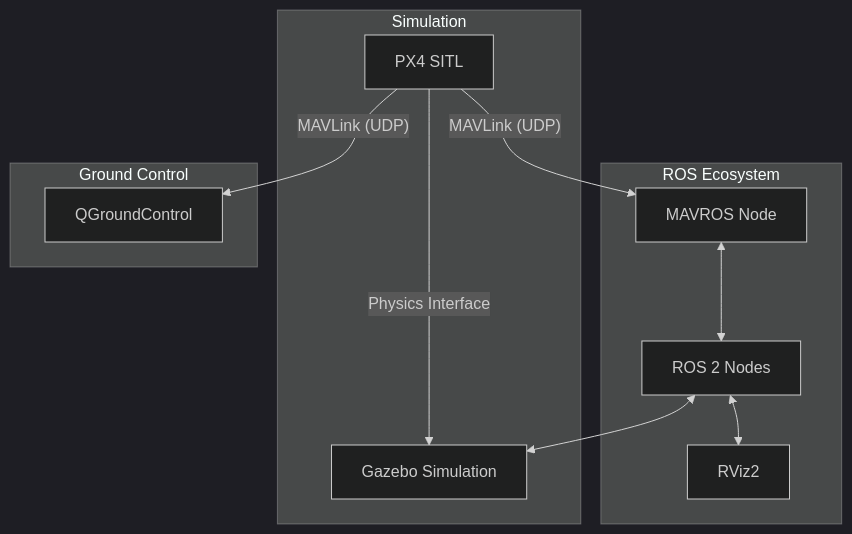
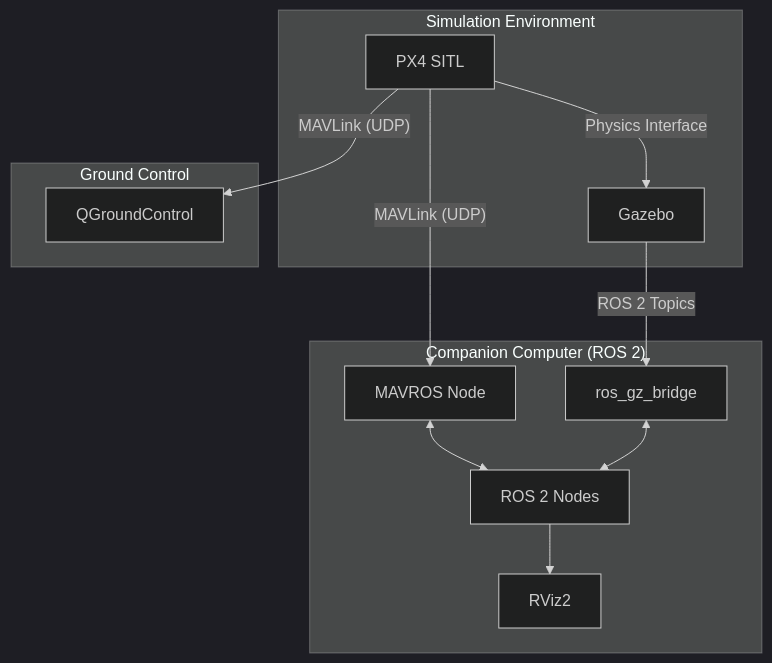
One commit to asmbatati/uav_gz_sim changed the second of 2 diagrams in README.md. Above: the diagram before and after it, drawn with Mermaid (dark theme). The commit also changed other lines of this file, not shown here.

````diff
--- a/README.md
+++ b/README.md
@@ -259,27 +310,27 @@
 ```mermaid
-graph TB
-    subgraph ROS Ecosystem
+graph TD
+    subgraph "Companion Computer (ROS 2)"
         C[ROS 2 Nodes]
-        H[MAVROS Node]
+        B[MAVROS Node]
         F[RViz2]
+        H[ros_gz_bridge]
     end
 
-    subgraph Simulation
+    subgraph "Simulation Environment"
         A[PX4 SITL]
-        D[Gazebo Simulation]
+        D[Gazebo]
     end
 
-    subgraph Ground Control
+    subgraph "Ground Control"
         E[QGroundControl]
     end
 
-    %% Connections
-    A -- MAVLink (UDP) --> H
+    %% Connections for Architecture 2
+    A -- "MAVLink (UDP)" --> B
+    B <--> C
+    A -- "Physics Interface" --> D
+    D -- "ROS 2 Topics" --> H
     H <--> C
-    C <--> F
-    C <--> D
-
-    %% The two core simulation loops
-    A -- Physics Interface --> D
-    A -- MAVLink (UDP) --> E
+    C --> F
+    A -- "MAVLink (UDP)" --> E
 ```
````
